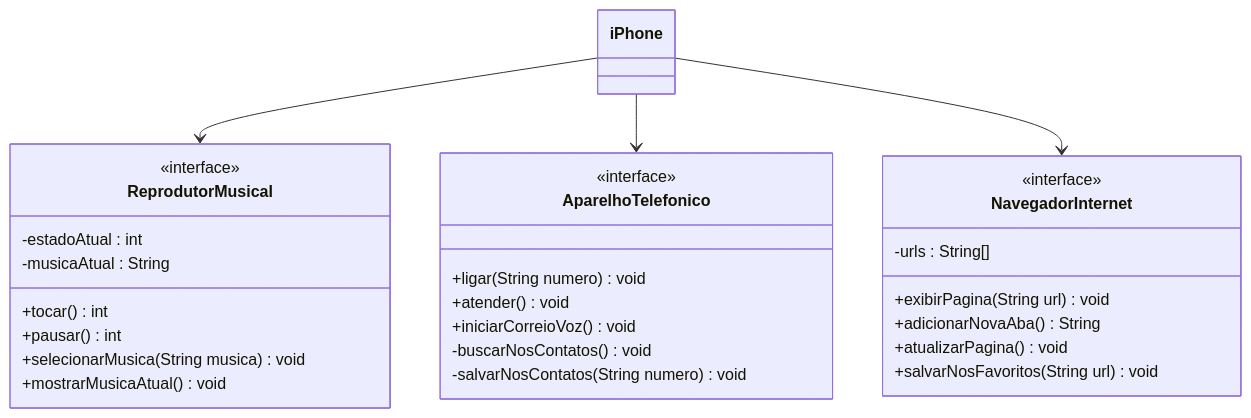
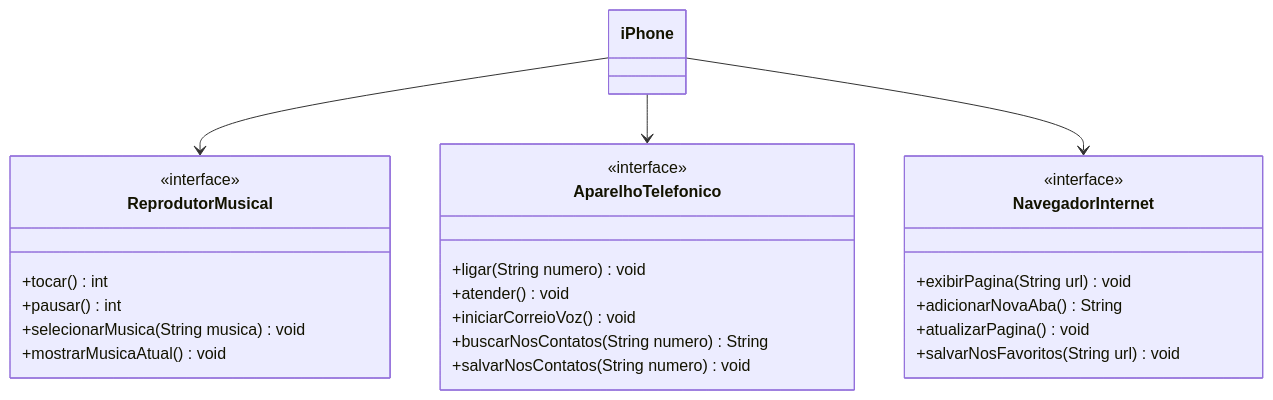
The diagram in Iphone e UML/DiagramaClasse.md (LordRiccard/BootcampsJava), drawn with Mermaid before and after one commit.

````diff
--- a/Iphone e UML/DiagramaClasse.md
+++ b/Iphone e UML/DiagramaClasse.md
@@ -2,36 +2,33 @@
 ```mermaid
 classDiagram
     class ReprodutorMusical {
-        -estadoAtual : int
-        -musicaAtual : String
         +tocar()  int
         +pausar() int
         +selecionarMusica(String musica) void
         +mostrarMusicaAtual() void
     }
     <<interface>> ReprodutorMusical
 
     class AparelhoTelefonico {
         +ligar(String numero) void
         +atender() void
         +iniciarCorreioVoz() void
-        -buscarNosContatos() void
-        -salvarNosContatos(String numero) void
+        +buscarNosContatos(String numero) String
+        +salvarNosContatos(String numero) void
     }
     <<interface>> AparelhoTelefonico
 
     class NavegadorInternet {
-        -urls : String[]
         +exibirPagina(String url) void
         +adicionarNovaAba() String
         +atualizarPagina() void
         +salvarNosFavoritos(String url) void
     }
     <<interface>> NavegadorInternet
 
     class iPhone 
 
     iPhone --> ReprodutorMusical
     iPhone --> AparelhoTelefonico
     iPhone --> NavegadorInternet
 ```
````
